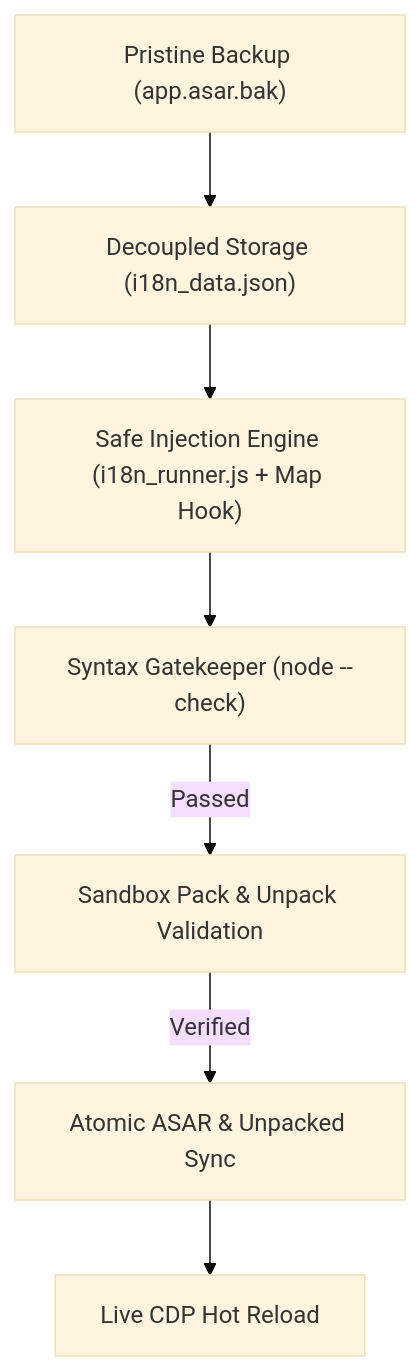
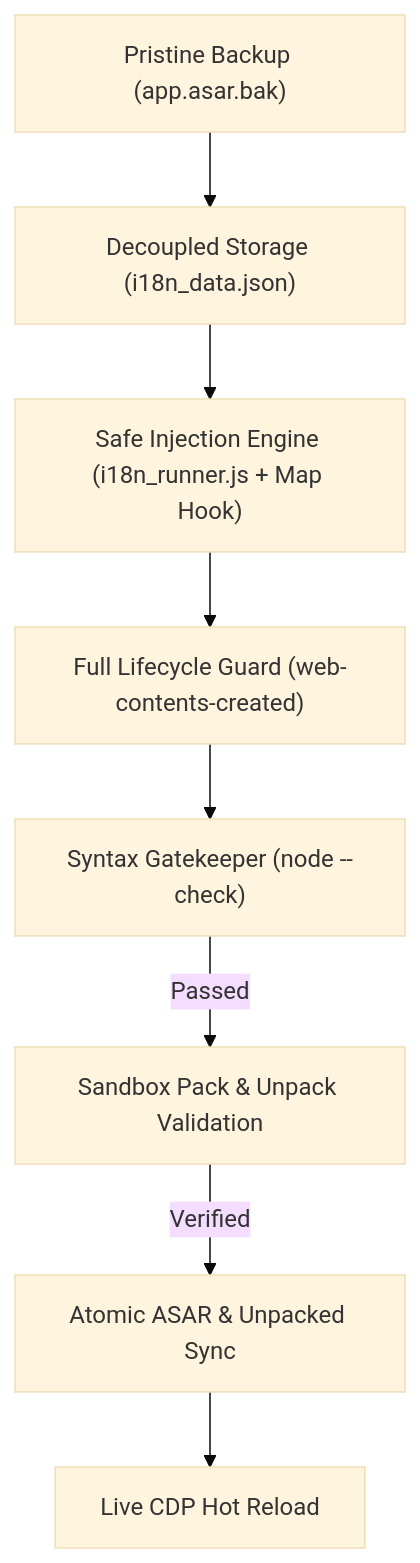
Before and after one commit to renkeshui/antigravity-chinese-locale: the diagram in README.md, drawn with Mermaid (base theme). The commit also changed other lines of this file, not shown here.

````diff
--- a/README.md
+++ b/README.md
@@ -60,9 +74,10 @@
 ```mermaid
 flowchart TD
     A["Pristine Backup (app.asar.bak)"] --> B["Decoupled Storage (i18n_data.json)"]
     B --> C["Safe Injection Engine (i18n_runner.js + Map Hook)"]
-    C --> D["Syntax Gatekeeper (node --check)"]
-    D -->|Passed| E["Sandbox Pack & Unpack Validation"]
-    E -->|Verified| F["Atomic ASAR & Unpacked Sync"]
-    F --> G["Live CDP Hot Reload"]
+    C --> D["Full Lifecycle Guard (web-contents-created)"]
+    D --> E["Syntax Gatekeeper (node --check)"]
+    E -->|Passed| F["Sandbox Pack & Unpack Validation"]
+    F -->|Verified| G["Atomic ASAR & Unpacked Sync"]
+    G --> H["Live CDP Hot Reload"]
 ```
````
